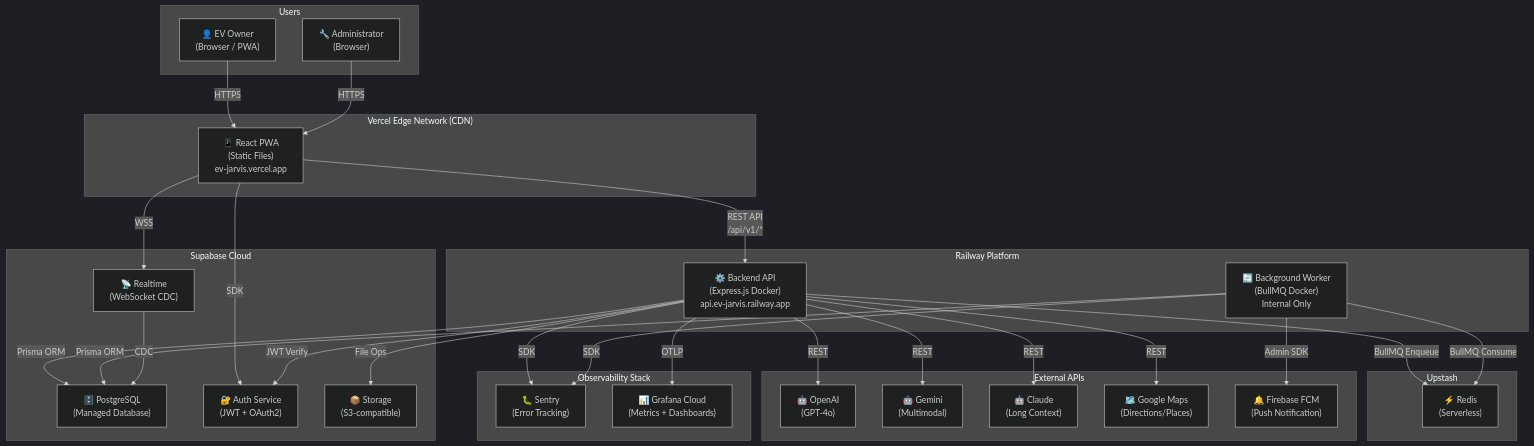
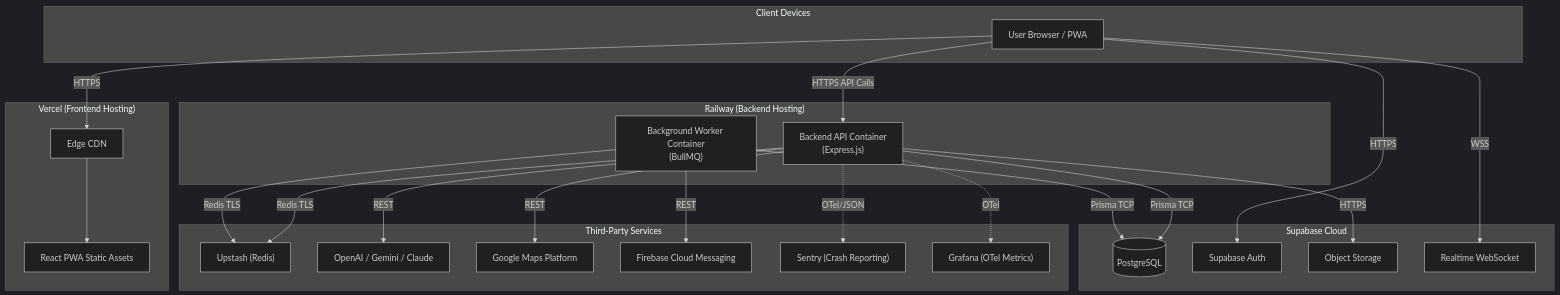
The first of 2 diagrams in docs/03_Architecture/04_DEPLOYMENT.md (DoubleFo20/EV-Jarvis), drawn with Mermaid (dark theme) before and after one commit. The commit also changed other lines of this file and 1 other file, not shown here.

Commit message:
docs: update deployment architecture and progress

````diff
--- a/docs/03_Architecture/04_DEPLOYMENT.md
+++ b/docs/03_Architecture/04_DEPLOYMENT.md
@@ -281,65 +84,51 @@
 ```mermaid
 flowchart TD
-    subgraph Users["Users"]
-        EVOwner["👤 EV Owner\n(Browser / PWA)"]
-        Admin["🔧 Administrator\n(Browser)"]
+    subgraph Client["Client Devices"]
+        Browser["User Browser / PWA"]
     end
 
-    subgraph CDN["Vercel Edge Network (CDN)"]
-        FE["📱 React PWA\n(Static Files)\nev-jarvis.vercel.app"]
+    subgraph Vercel["Vercel (Frontend Hosting)"]
+        CDN["Edge CDN"]
+        Static["React PWA Static Assets"]
     end
 
-    subgraph RailwayCluster["Railway Platform"]
-        API["⚙️ Backend API\n(Express.js Docker)\napi.ev-jarvis.railway.app"]
-        Worker["🔄 Background Worker\n(BullMQ Docker)\nInternal Only"]
+    subgraph Railway["Railway (Backend Hosting)"]
+        API["Backend API Container\n(Express.js)"]
+        Worker["Background Worker Container\n(BullMQ)"]
     end
 
-    subgraph SupabaseCluster["Supabase Cloud"]
-        PG["🗄️ PostgreSQL\n(Managed Database)"]
-        Auth["🔐 Auth Service\n(JWT + OAuth2)"]
-        Storage["📦 Storage\n(S3-compatible)"]
-        RT["📡 Realtime\n(WebSocket CDC)"]
+    subgraph Supabase["Supabase Cloud"]
+        DB[("PostgreSQL")]
+        Auth["Supabase Auth"]
+        Storage["Object Storage"]
+        RT["Realtime WebSocket"]
     end
 
-    subgraph ManagedCache["Upstash"]
-        Redis["⚡ Redis\n(Serverless)"]
+    subgraph External["Third-Party Services"]
+        Redis["Upstash (Redis)"]
+        AI["OpenAI / Gemini / Claude"]
+        Maps["Google Maps Platform"]
+        FCM["Firebase Cloud Messaging"]
+        Sentry["Sentry (Crash Reporting)"]
+        Grafana["Grafana (OTel Metrics)"]
     end
 
-    subgraph ExternalAPIs["External APIs"]
-        OpenAI["🤖 OpenAI\n(GPT-4o)"]
-        Gemini["🤖 Gemini\n(Multimodal)"]
-        Claude["🤖 Claude\n(Long Context)"]
-        GMaps["🗺️ Google Maps\n(Directions/Places)"]
-        FCM["🔔 Firebase FCM\n(Push Notification)"]
-    end
-
-    subgraph Observability["Observability Stack"]
-        SentryIO["🐛 Sentry\n(Error Tracking)"]
-        GrafanaCloud["📊 Grafana Cloud\n(Metrics + Dashboards)"]
-    end
-
-    EVOwner -->|"HTTPS"| FE
-    Admin -->|"HTTPS"| FE
-    FE -->|"REST API\n/api/v1/*"| API
-    FE -->|"WSS"| RT
-    FE -->|"SDK"| Auth
-
-    API -->|"Prisma ORM"| PG
-    API -->|"JWT Verify"| Auth
-    API -->|"File Ops"| Storage
-    API -->|"BullMQ Enqueue"| Redis
-    API -->|"REST"| OpenAI
-    API -->|"REST"| Gemini
-    API -->|"REST"| Claude
-    API -->|"REST"| GMaps
-
-    Worker -->|"BullMQ Consume"| Redis
-    Worker -->|"Prisma ORM"| PG
-    Worker -->|"Admin SDK"| FCM
-
-    RT -->|"CDC"| PG
-
-    API -->|"SDK"| SentryIO
-    API -->|"OTLP"| GrafanaCloud
-    Worker -->|"SDK"| SentryIO
+    Browser -->|"HTTPS"| CDN
+    CDN --> Static
+    Browser -->|"HTTPS API Calls"| API
+    Browser -->|"WSS"| RT
+    Browser -->|"HTTPS"| Auth
+    
+    API -->|"Prisma TCP"| DB
+    API -->|"HTTPS"| Storage
+    API -->|"Redis TLS"| Redis
+    API -->|"REST"| AI
+    API -->|"REST"| Maps
+    
+    Worker -->|"Redis TLS"| Redis
+    Worker -->|"Prisma TCP"| DB
+    Worker -->|"REST"| FCM
+    
+    API -.->|"OTel/JSON"| Sentry
+    API -.->|"OTel"| Grafana
 ```
````
